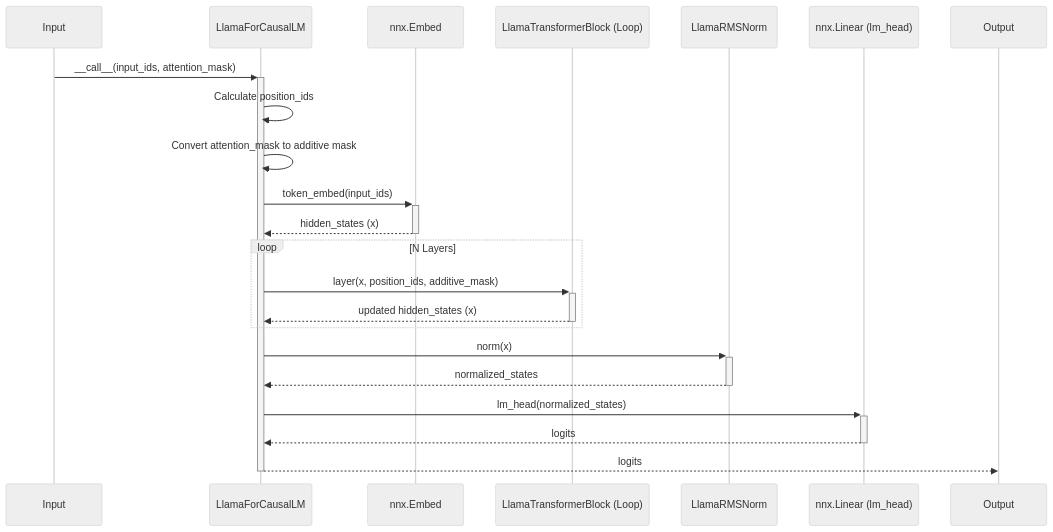
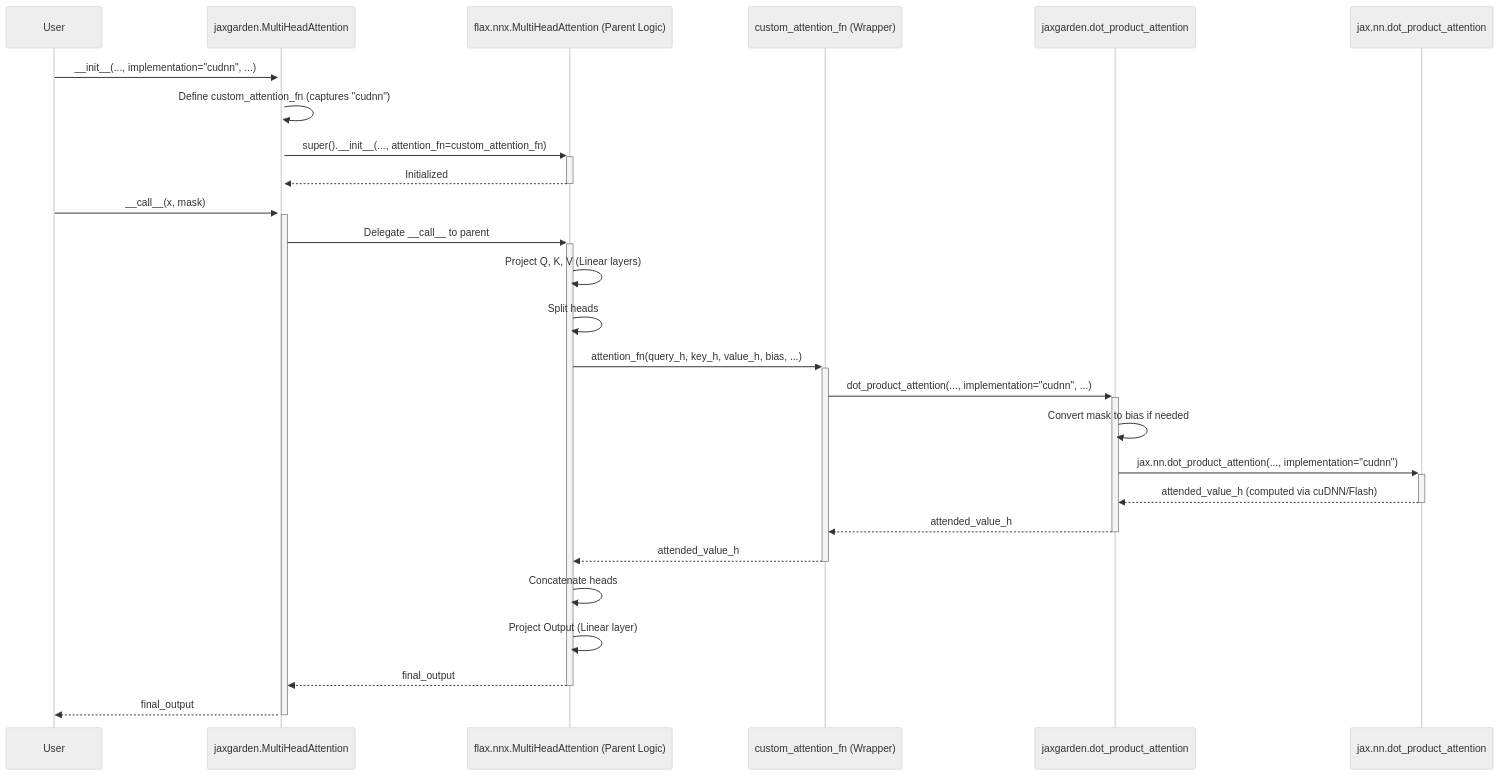
The diagram in ml-gde--jaxgarden/CLAUDE.md (tomevault-io/claude-code-plugins), drawn with Mermaid (neutral theme) before and after one commit. The commit also changed other lines of this file, not shown here.

Commit message:
feat: config ml-gde--jaxgarden

````diff
--- a/ml-gde--jaxgarden/CLAUDE.md
+++ b/ml-gde--jaxgarden/CLAUDE.md
@@ -190,25 +189,30 @@
-    ```mermaid
-    sequenceDiagram
-        participant Input
-        participant LlamaForCausalLM
-        participant Embed as nnx.Embed
-        participant Blocks as LlamaTransformerBlock (Loop)
-        participant Norm as LlamaRMSNorm
-        participant Head as nnx.Linear (lm_head)
-        participant Output
+```mermaid
+sequenceDiagram
+    participant User
+    participant JaxGardenMHA as jaxgarden.MultiHeadAttention
+    participant FlaxMHA as flax.nnx.MultiHeadAttention (Parent Logic)
+    participant CustomAttnFn as custom_attention_fn (Wrapper)
+    participant JG_DPA as jaxgarden.dot_product_attention
+    participant JaxDPA as jax.nn.dot_product_attention
 
-        Input->>+LlamaForCausalLM: __call__(input_ids, attention_mask)
-        LlamaForCausalLM->>LlamaForCausalLM: Calculate position_ids
-        LlamaForCausalLM->>LlamaForCausalLM: Convert attention_mask to additive mask
-        LlamaForCausalLM->>+Embed: token_embed(input_ids)
-        Embed-->>-LlamaForCausalLM: hidden_states (x)
-        loop N Layers
-            LlamaForCausalLM->>+Blocks: layer(x, position_ids, additive_mask)
-            Blocks-->>-LlamaForCausalLM: updated hidden_states (x)
-        end
-        LlamaForCausalLM->>+Norm: norm(x)
-        Norm-->>-LlamaForCausalLM: normalized_states
-        LlamaForCausalLM->>+Head: lm_head(normalized_states)
-        Head-->>-LlamaForCausalLM: logits
-        LlamaForCausalLM-->>-Output: logits
-    ```
+    User->>+JaxGardenMHA: __init__(..., implementation="cudnn", ...)
+    JaxGardenMHA->>JaxGardenMHA: Define custom_attention_fn (captures "cudnn")
+    JaxGardenMHA->>+FlaxMHA: super().__init__(..., attention_fn=custom_attention_fn)
+    FlaxMHA-->>-JaxGardenMHA: Initialized
+
+    User->>+JaxGardenMHA: __call__(x, mask)
+    JaxGardenMHA->>+FlaxMHA: Delegate __call__ to parent
+    FlaxMHA->>FlaxMHA: Project Q, K, V (Linear layers)
+    FlaxMHA->>FlaxMHA: Split heads
+    FlaxMHA->>+CustomAttnFn: attention_fn(query_h, key_h, value_h, bias, ...) # Call the wrapped function
+    CustomAttnFn->>+JG_DPA: dot_product_attention(..., implementation="cudnn", ...)
+    JG_DPA->>JG_DPA: Convert mask to bias if needed
+    JG_DPA->>+JaxDPA: jax.nn.dot_product_attention(..., implementation="cudnn")
+    JaxDPA-->>-JG_DPA: attended_value_h (computed via cuDNN/Flash)
+    JG_DPA-->>-CustomAttnFn: attended_value_h
+    CustomAttnFn-->>-FlaxMHA: attended_value_h
+    FlaxMHA->>FlaxMHA: Concatenate heads
+    FlaxMHA->>FlaxMHA: Project Output (Linear layer)
+    FlaxMHA-->>-JaxGardenMHA: final_output
+    JaxGardenMHA-->>-User: final_output
+```
````
